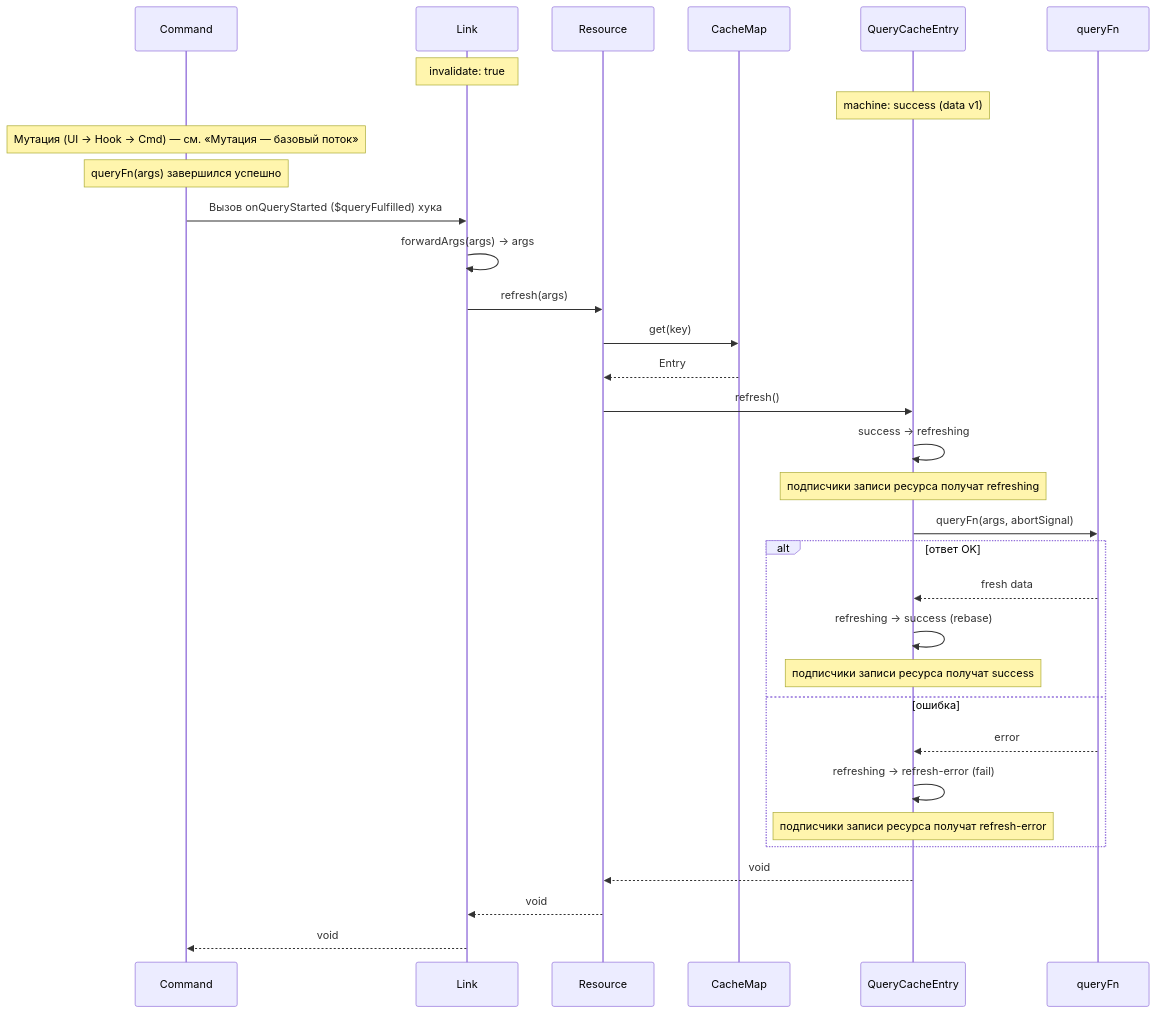
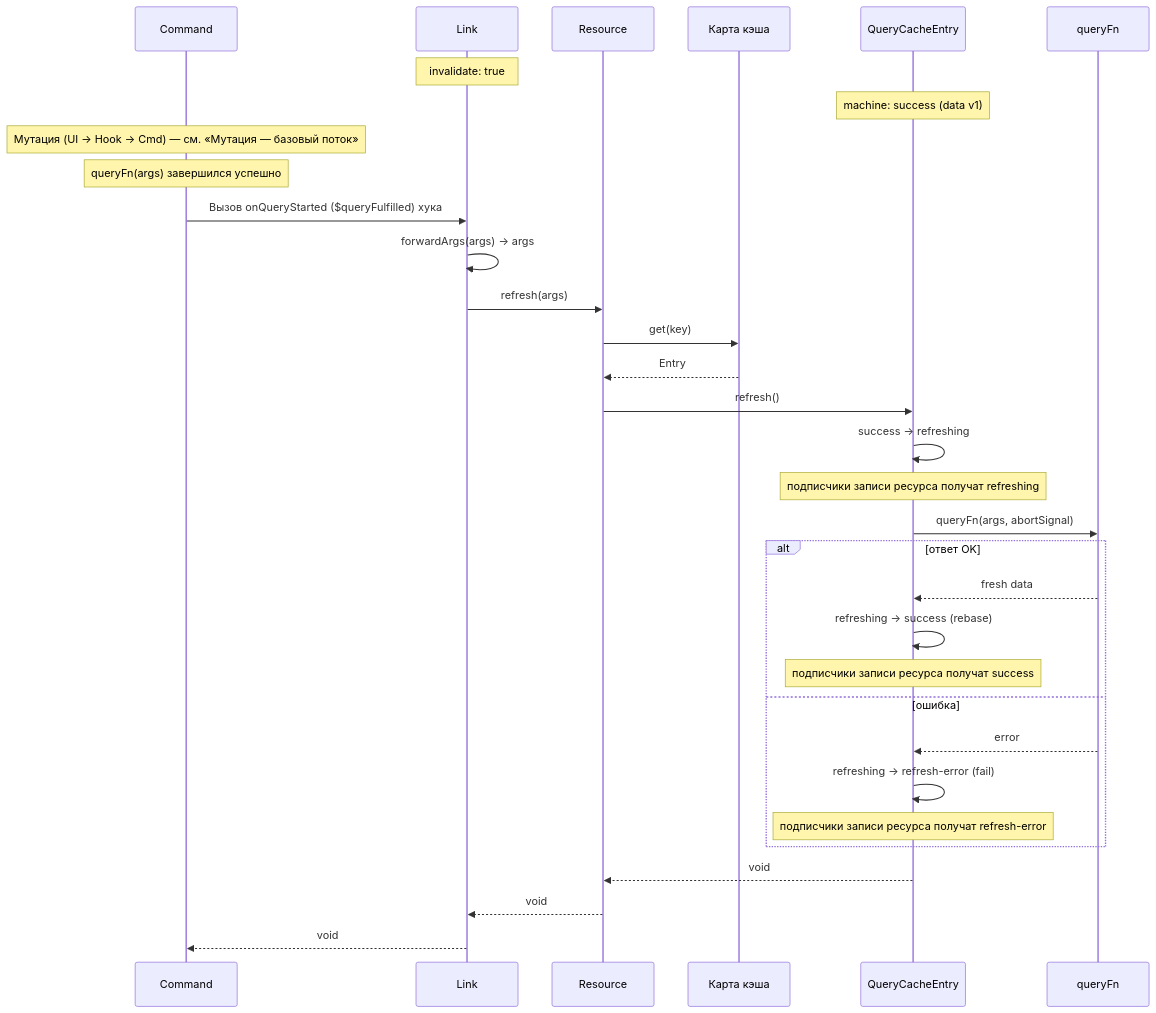
One commit to fozy-labs/rx-toolkit changed the eighth of 10 diagrams in docs/query/concepts/dataflows.md. Above: the diagram before and after it, drawn with Mermaid. The commit also changed other lines of this file and 6 other files, not shown here.

First line of the commit message:
refactor(query): drop ICacheMap type and CacheMap naming from cache surface

````diff
--- a/docs/query/concepts/dataflows.md
+++ b/docs/query/concepts/dataflows.md
@@ -307,43 +307,43 @@
 ```mermaid
 sequenceDiagram
     participant Cmd as Command
     participant Lnk as Link
     participant Res as Resource
-    participant Cache as CacheMap
+    participant Cache as Карта кэша
     participant Entry as QueryCacheEntry
     participant Query as queryFn
     
     Note over Lnk: invalidate: true
 
     Note over Entry: machine: success (data v1)
 
     Note over Cmd: Мутация (UI → Hook → Cmd) — см. «Мутация — базовый поток»
     Note over Cmd: queryFn(args) завершился успешно
 
 
     Cmd->>Lnk: Вызов onQueryStarted ($queryFulfilled) хука
     Lnk->>Lnk: forwardArgs(args) → args
     Lnk->>Res: refresh(args)
     Res->>Cache: get(key)
     Cache-->>Res: Entry
     Res->>Entry: refresh()
     Entry->>Entry: success → refreshing
 
     Note over Entry: подписчики записи ресурса получат refreshing
 
     Entry->>Query: queryFn(args, abortSignal)
 
     alt ответ OK
         Query-->>Entry: fresh data
         Entry->>Entry: refreshing → success (rebase)
         Note over Entry: подписчики записи ресурса получат success
     else ошибка
         Query-->>Entry: error
         Entry->>Entry: refreshing → refresh-error (fail)
         Note over Entry: подписчики записи ресурса получат refresh-error
     end
     
     Entry-->>Res: void
     Res-->>Lnk: void
     Lnk-->>Cmd: void
 ```
````
